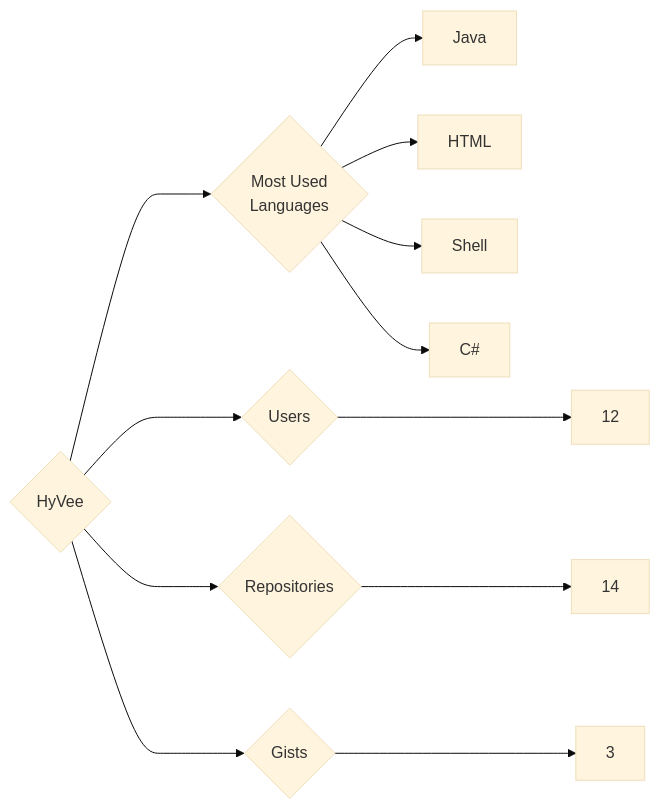
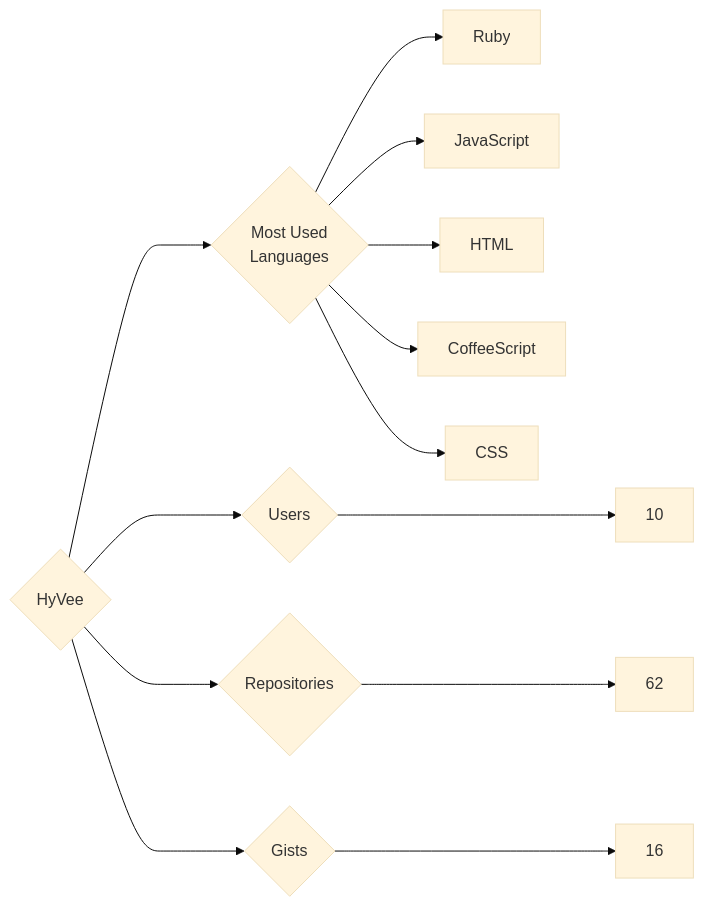
One commit to trickest/insiders changed the diagram in targets/HyVee/README.md. Above: the diagram before and after it, drawn with Mermaid (base theme). The commit also changed 757 other files, not shown here.

````diff
--- a/targets/HyVee/README.md
+++ b/targets/HyVee/README.md
@@ -3,12 +3,13 @@
 ```mermaid
 graph LR
 COMPANY_NAME{HyVee}
-COMPANY_NAME ---> U{Users} ---> UN[12]
-COMPANY_NAME ---> R{Repositories} ---> RN[14]
-COMPANY_NAME ---> G{Gists} ---> GN[3]
+COMPANY_NAME ---> U{Users} ---> UN[10]
+COMPANY_NAME ---> R{Repositories} ---> RN[62]
+COMPANY_NAME ---> G{Gists} ---> GN[16]
 COMPANY_NAME ---> ML{Most Used<br>Languages}
-ML --> Java[Java]
+ML --> Ruby[Ruby]
+ML --> JavaScript[JavaScript]
 ML --> HTML[HTML]
-ML --> Shell[Shell]
-ML --> C#[C#]
+ML --> CoffeeScript[CoffeeScript]
+ML --> CSS[CSS]
 ```
````
